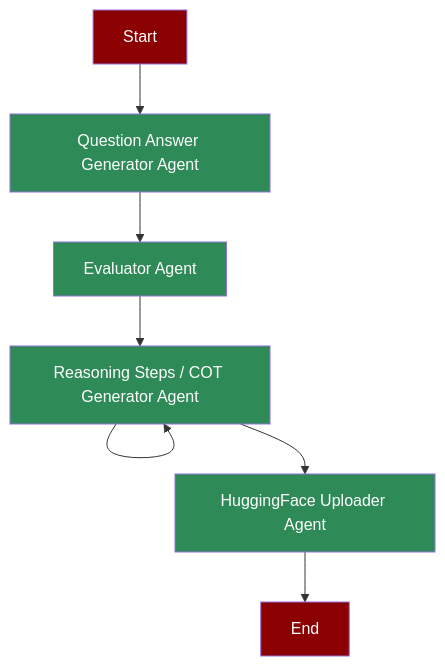
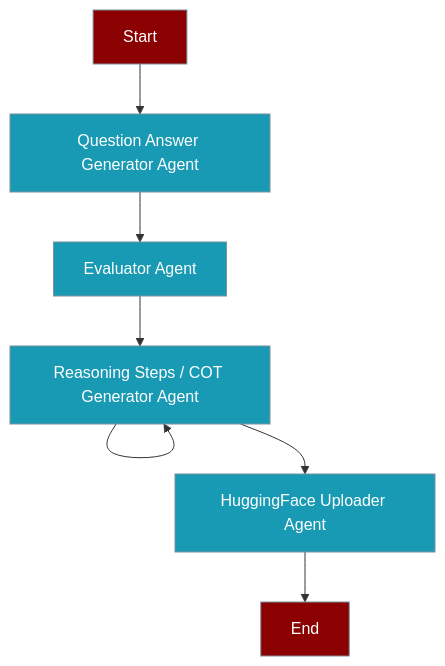
Before and after one commit to MervinPraison/PraisonAIDocs: the diagram in docs/features/generate-reasoning.mdx, drawn with Mermaid. The commit also changed other lines of this file and 19 other files, not shown here.

````diff
--- a/docs/features/generate-reasoning.mdx
+++ b/docs/features/generate-reasoning.mdx
@@ -8,17 +17,15 @@
 ```mermaid
 flowchart TD
     Start[Start] --> Generator[Question Answer Generator Agent]
     Generator --> Evaluator[Evaluator Agent]
     Evaluator --> COT[Reasoning Steps / COT Generator Agent]
     COT --> COT
     COT --> Upload[HuggingFace Uploader Agent]
     Upload --> End[End]
     
-    style Start fill:#8B0000,color:#fff
-    style Generator fill:#2E8B57,color:#fff
-    style Evaluator fill:#2E8B57,color:#fff
-    style COT fill:#2E8B57,color:#fff
-    style Upload fill:#2E8B57,color:#fff
-    style End fill:#8B0000,color:#fff
+    classDef agent fill:#8B0000,stroke:#7C90A0,color:#fff
+    classDef tool fill:#189AB4,stroke:#7C90A0,color:#fff
+    class Start,End agent
+    class Generator,Evaluator,COT,Upload tool
 
 ```
````
